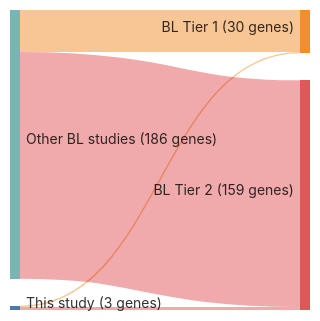
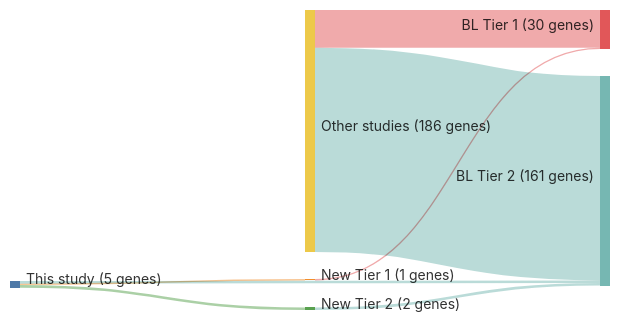
The diagram in papers/muppidiLossSignalingGa132014b.md (morinlab/lymphopedia), drawn with Mermaid before and after one commit. The commit also changed 82 other files, not shown here.

````diff
--- a/papers/muppidiLossSignalingGa132014b.md
+++ b/papers/muppidiLossSignalingGa132014b.md
@@ -12,18 +12,21 @@
 ```mermaid
 ---
 config:
     sankey:
         showValues: true
         linkColor: target
-        width: 300
+        width: 600
         height: 300
         nodeAlignment: right
         prefix: '('
         suffix: ' genes)'
 ---
 sankey-beta
-This study, BL Tier 1, 1
+This study, New Tier 1, 1
+New Tier 1, BL Tier 1, 1
 This study, BL Tier 2, 2
-Other BL studies, BL Tier 1, 29
-Other BL studies, BL Tier 2, 157
+This study, New Tier 2, 2
+New Tier 2, BL Tier 2, 2
+Other studies, BL Tier 1, 29
+Other studies, BL Tier 2, 157
 ```
````
